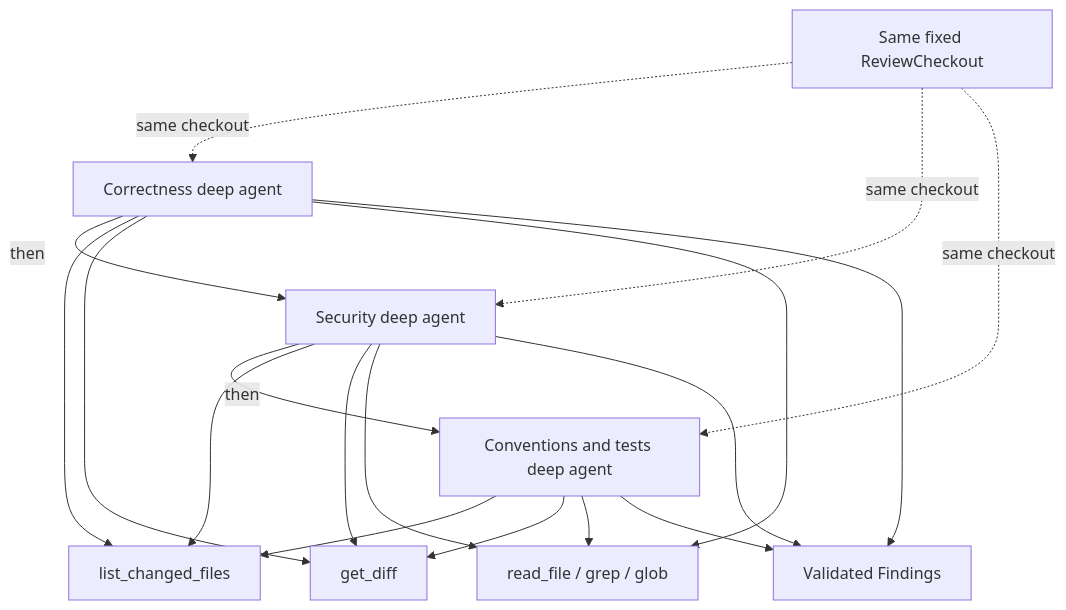
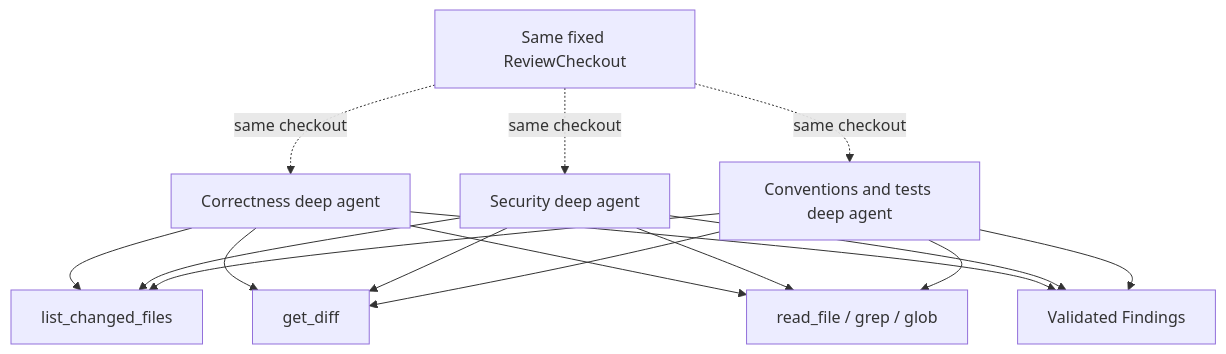
The fourth of 4 diagrams in ARCHITECTURE.md (taipingeric/review_sheep), drawn with Mermaid before and after one commit. The commit also changed other lines of this file and 7 other files, not shown here.

````diff
--- a/ARCHITECTURE.md
+++ b/ARCHITECTURE.md
@@ -204,28 +204,27 @@
 ```mermaid
 flowchart TD
     Checkout[Same fixed ReviewCheckout]
     C[Correctness deep agent]
     S[Security deep agent]
     T[Conventions and tests deep agent]
     Index[list_changed_files]
     Diff[get_diff]
     Read[read_file / grep / glob]
     Out[Validated Findings]
 
     Checkout -. same checkout .-> C
     Checkout -. same checkout .-> S
     Checkout -. same checkout .-> T
-    C -->|then| S -->|then| T
     C --> Index
     C --> Diff
     C --> Read
     S --> Index
     S --> Diff
     S --> Read
     T --> Index
     T --> Diff
     T --> Read
     C --> Out
     S --> Out
     T --> Out
 ```
````
